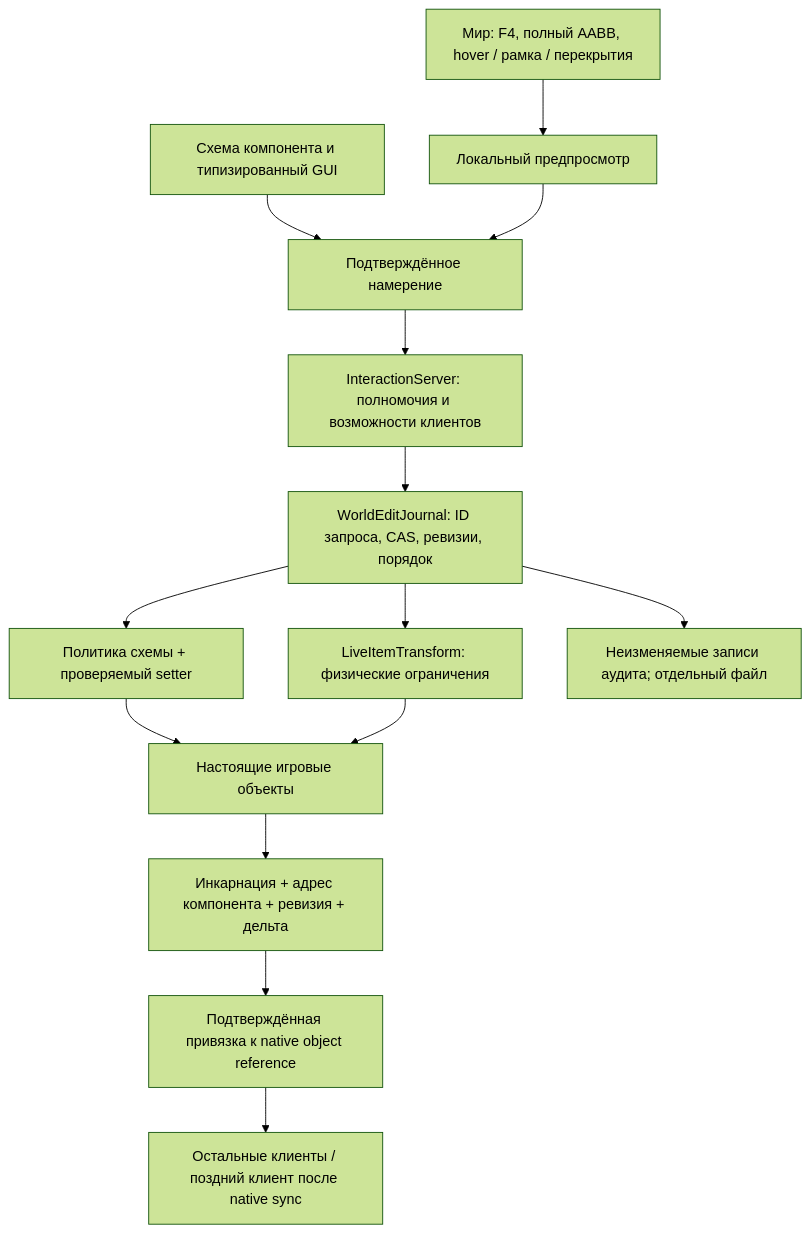
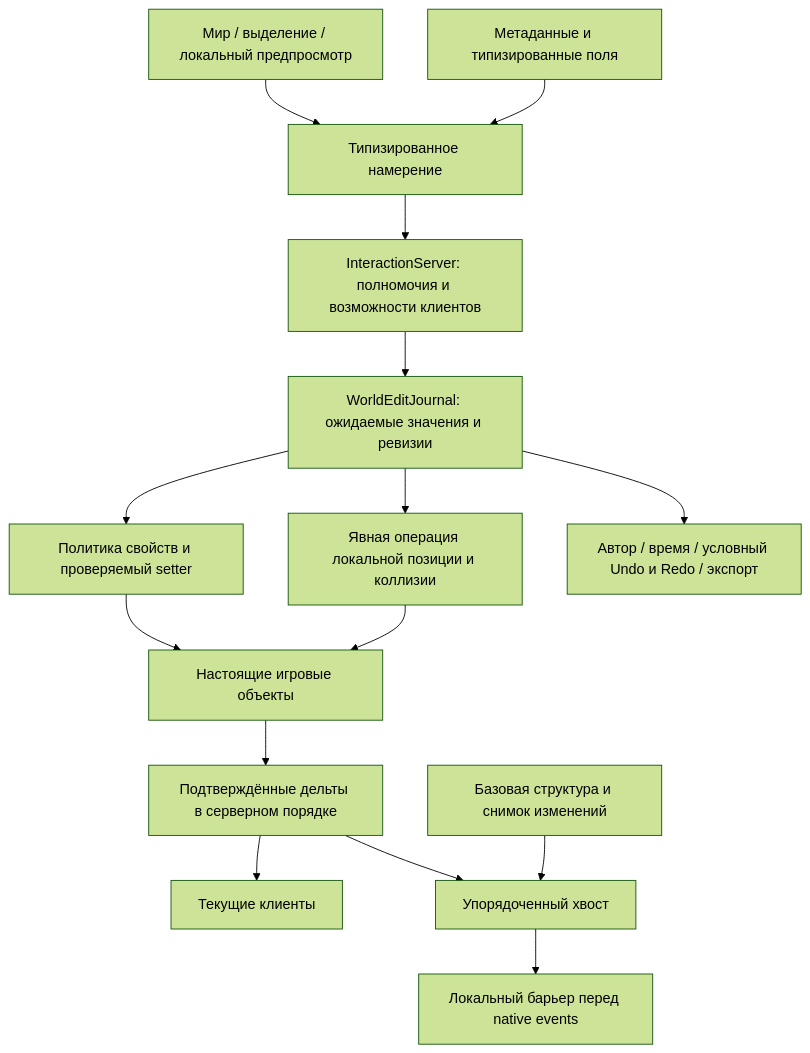
The diagram in Docs/LIVE_EDITOR_ARCHITECTURE.md (NetTengeStudio/primarypackageopen), drawn with Mermaid (forest theme) before and after one commit. The commit also changed other lines of this file and 41 other files, not shown here.

````diff
--- a/Docs/LIVE_EDITOR_ARCHITECTURE.md
+++ b/Docs/LIVE_EDITOR_ARCHITECTURE.md
@@ -40,16 +28,17 @@
 ```mermaid
 flowchart TD
-    World[Мир: F4, полный AABB, hover / рамка / перекрытия] --> Preview[Локальный предпросмотр]
-    Inspector[Схема компонента и типизированный GUI] --> Intent[Подтверждённое намерение]
-    Preview --> Intent
+    View[Мир / выделение / локальный предпросмотр] --> Intent[Типизированное намерение]
+    Inspector[Метаданные и типизированные поля] --> Intent
     Intent --> Auth[InteractionServer: полномочия и возможности клиентов]
-    Auth --> Journal[WorldEditJournal: ID запроса, CAS, ревизии, порядок]
-    Journal --> Property[Политика схемы + проверяемый setter]
-    Journal --> Physical[LiveItemTransform: физические ограничения]
-    Property --> Native[Настоящие игровые объекты]
-    Physical --> Native
-    Native --> Delta[Инкарнация + адрес компонента + ревизия + дельта]
-    Delta --> Binding[Подтверждённая привязка к native object reference]
-    Binding --> Client[Остальные клиенты / поздний клиент после native sync]
-    Journal --> Export[Неизменяемые записи аудита; отдельный файл]
+    Auth --> CAS[WorldEditJournal: ожидаемые значения и ревизии]
+    CAS --> Property[Политика свойств и проверяемый setter]
+    CAS --> Position[Явная операция локальной позиции и коллизии]
+    Property --> World[Настоящие игровые объекты]
+    Position --> World
+    World --> Delta[Подтверждённые дельты в серверном порядке]
+    CAS --> History[Автор / время / условный Undo и Redo / экспорт]
+    Delta --> Peers[Текущие клиенты]
+    Baseline[Базовая структура и снимок изменений] --> Tail[Упорядоченный хвост]
+    Delta --> Tail
+    Tail --> Barrier[Локальный барьер перед native events]
 ```
````
